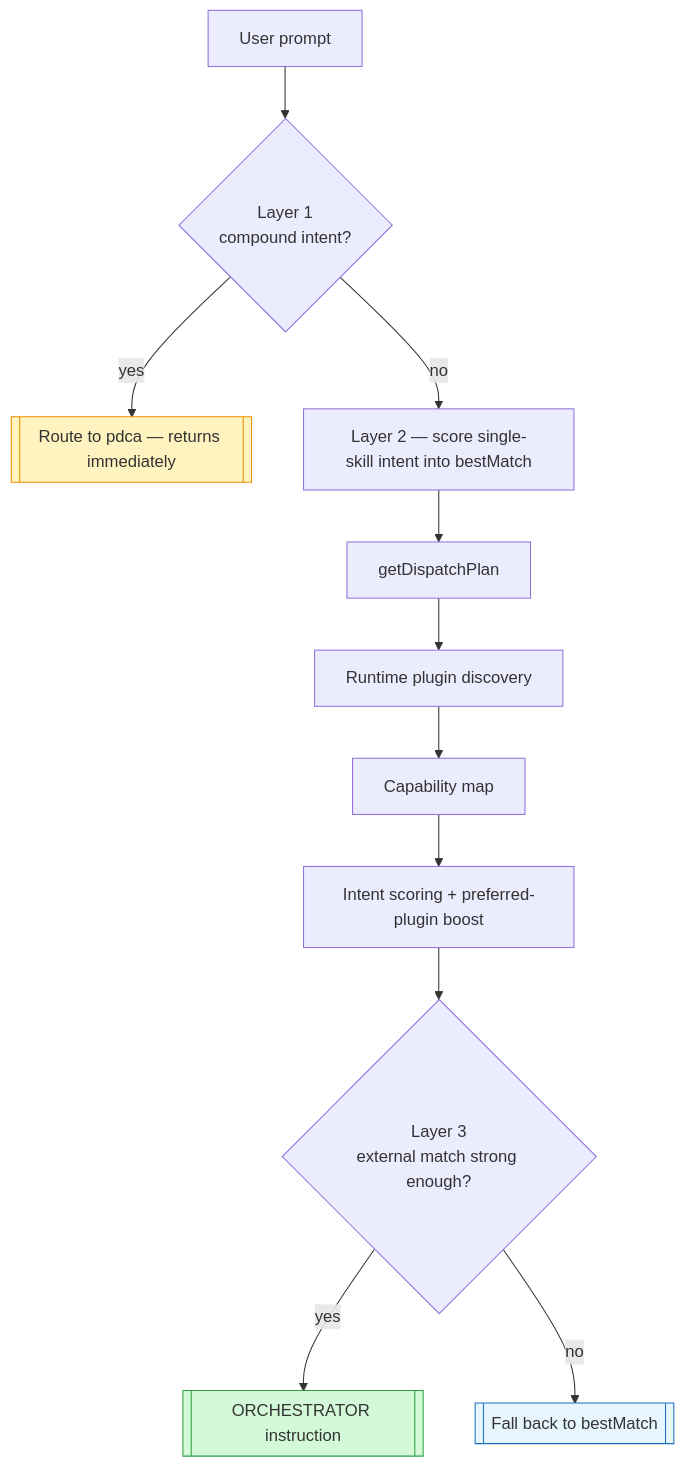
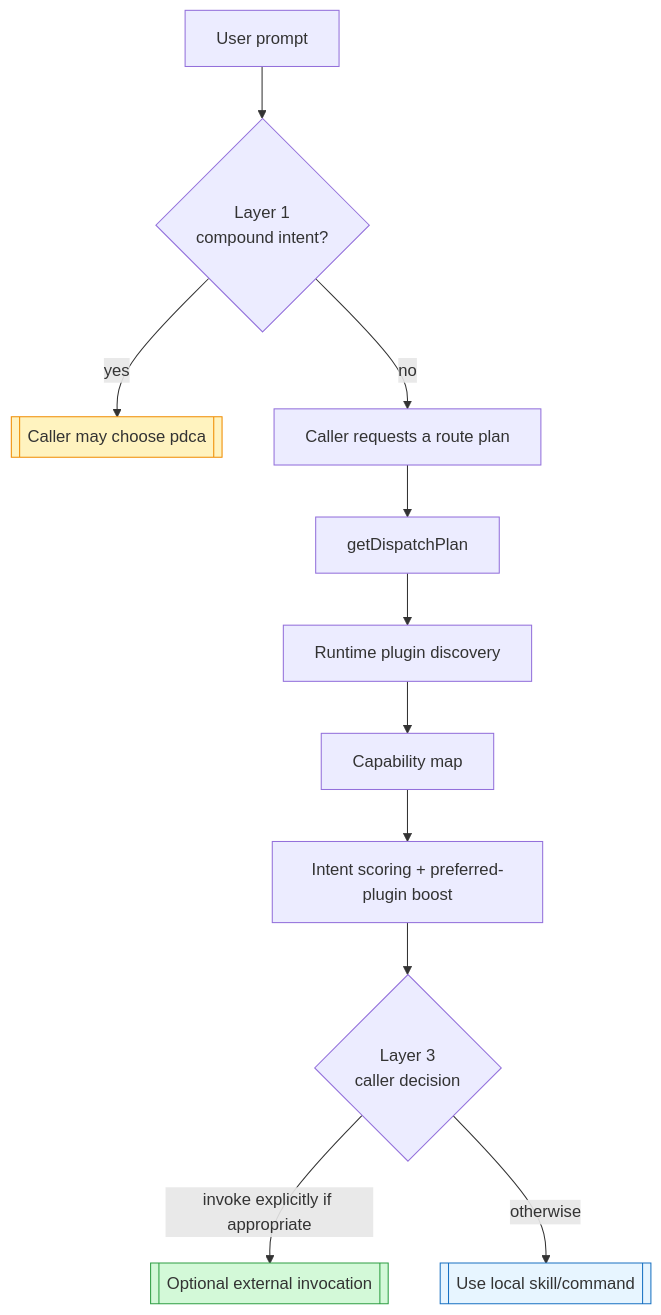
One commit to unclejobs-ai/second-claude-code changed the first of 2 diagrams in docs/orchestrator-architecture.md. Above: the diagram before and after it, drawn with Mermaid. The commit also changed other lines of this file and 147 other files, not shown here.

````diff
--- a/docs/orchestrator-architecture.md
+++ b/docs/orchestrator-architecture.md
@@ -11,17 +15,17 @@
 ```mermaid
 flowchart TB
     U[User prompt] --> L1{"Layer 1<br/>compound intent?"}
-    L1 -->|yes| PDCA[["Route to pdca — returns immediately"]]
-    L1 -->|no| L2["Layer 2 — score single-skill intent into bestMatch"]
+    L1 -->|yes| PDCA[["Caller may choose pdca"]]
+    L1 -->|no| L2["Caller requests a route plan"]
     L2 --> G[getDispatchPlan]
     G --> D[Runtime plugin discovery]
     D --> C[Capability map]
     C --> S["Intent scoring + preferred-plugin boost"]
-    S --> L3{"Layer 3<br/>external match strong enough?"}
-    L3 -->|yes| O[["ORCHESTRATOR instruction"]]
-    L3 -->|no| I[["Fall back to bestMatch"]]
+    S --> L3{"Layer 3<br/>caller decision"}
+    L3 -->|invoke explicitly if appropriate| O[["Optional external invocation"]]
+    L3 -->|otherwise| I[["Use local skill/command"]]
 
     style PDCA fill:#fff3bf,stroke:#f08c00
     style O fill:#d3f9d8,stroke:#2f9e44
     style I fill:#e7f5ff,stroke:#1971c2
 ```
````
